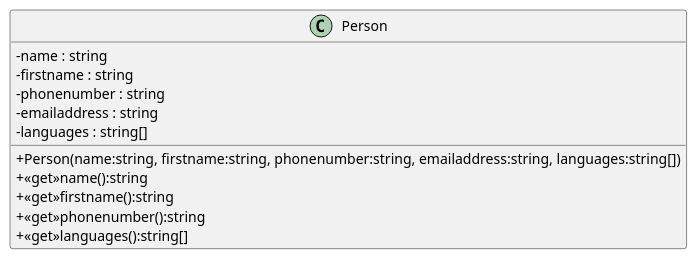
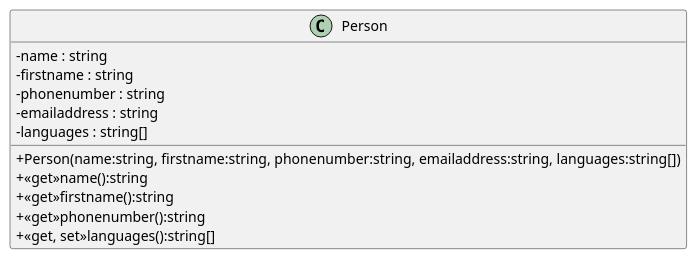
One commit to ETML-ES-FWBE/Carfleet changed the diagram in docs/classDiagram.puml. Above: the diagram before and after it, drawn with PlantUML.

Commit message:
chore: update class diagram add languages setter

```diff
--- a/docs/classDiagram.puml
+++ b/docs/classDiagram.puml
@@ -1,17 +1,17 @@
 @startuml
 skinparam classAttributeIconSize 0
 class Person{
     - name : string
     - firstname : string
     - phonenumber : string
     - emailaddress : string
     - languages : string[]
 
     + Person(name:string, firstname:string, phonenumber:string, emailaddress:string, languages:string[])
     + <<get>>name():string
     + <<get>>firstname():string
     + <<get>>phonenumber():string
-    + <<get>>languages():string[]
+    + <<get, set>>languages():string[]
 }
 
 @enduml
```
